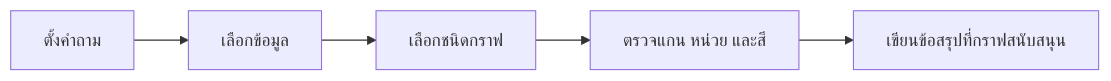
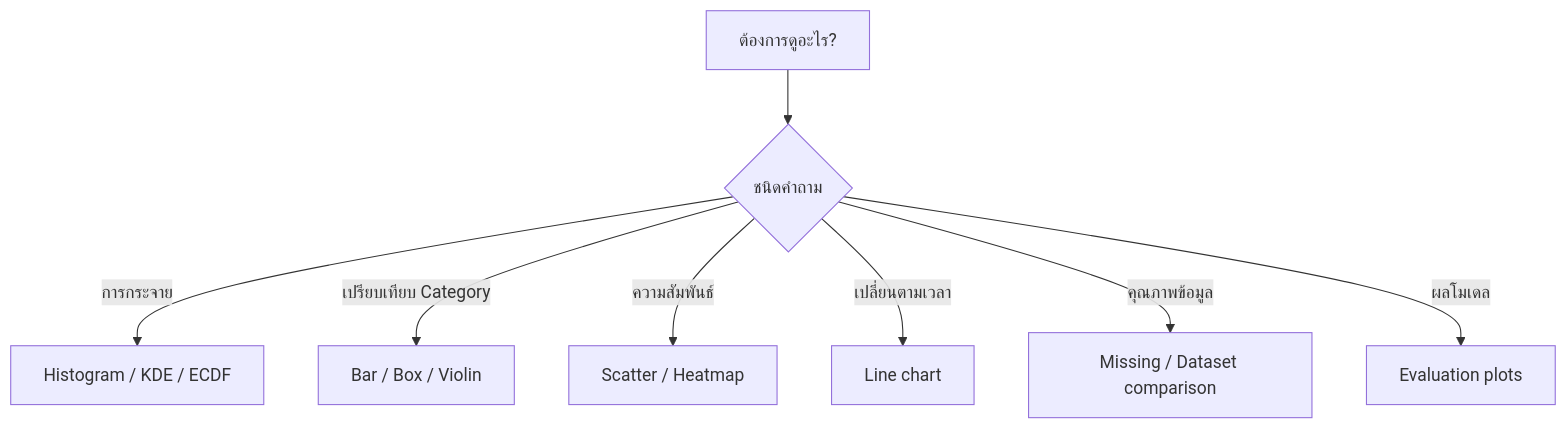
Before and after one commit to Issarat/bookshelf: the diagram in ML-SHELF/ML/data-visualization.md, drawn with Mermaid. The commit also changed other lines of this file and 49 other files, not shown here.

````diff
--- a/ML-SHELF/ML/data-visualization.md
+++ b/ML-SHELF/ML/data-visualization.md
@@ -5,7 +197,10 @@
 ```mermaid
-flowchart LR
-    A[ตั้งคำถาม] --> B[เลือกข้อมูล]
-    B --> C[เลือกชนิดกราฟ]
-    C --> D[ตรวจแกน หน่วย และสี]
-    D --> E[เขียนข้อสรุปที่กราฟสนับสนุน]
+flowchart TB
+    A[ต้องการดูอะไร?] --> B{ชนิดคำถาม}
+    B -->|การกระจาย| C[Histogram / KDE / ECDF]
+    B -->|เปรียบเทียบ Category| D[Bar / Box / Violin]
+    B -->|ความสัมพันธ์| E[Scatter / Heatmap]
+    B -->|เปลี่ยนตามเวลา| F[Line chart]
+    B -->|คุณภาพข้อมูล| G[Missing / Dataset comparison]
+    B -->|ผลโมเดล| H[Evaluation plots]
 ```
````
